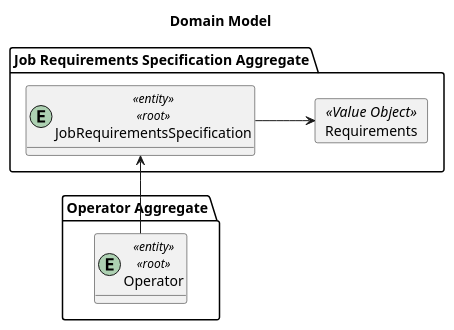
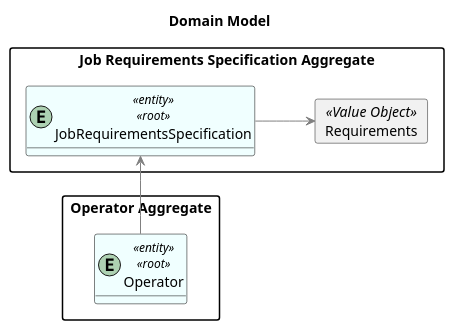
One commit to MiguelCardoso77/LAPR4 changed the diagram in docs/SprintB/generate-job-requirements-text-file/domain-model.puml. Above: the diagram before and after it, drawn with PlantUML. The commit also changed 2 other files, not shown here.

```diff
--- a/docs/SprintB/generate-job-requirements-text-file/domain-model.puml
+++ b/docs/SprintB/generate-job-requirements-text-file/domain-model.puml
@@ -1,27 +1,37 @@
 @startuml
 hide methods
 left to right direction
 'skinparam linetype ortho
 
 Title "Domain Model"
+
+skinparam class {
+    LifeLineBorderColor DarkBlue
+    LifeLineBackgroundColor APPLICATION
+    BackgroundColor #F0FFFF
+    ArrowColor grey
+    BorderColor black
+}
+
+skinparam packageStyle rectangle
 
 
 package "Job Requirements Specification Aggregate"{
 entity JobRequirementsSpecification <<entity>><<root>>
 
     card Requirements <<Value Object>>{
     }
 
     JobRequirementsSpecification --> Requirements
 
 }
 
 package "Operator Aggregate"{
     entity Operator <<entity>><<root>>
 
 }
 
 Operator-> JobRequirementsSpecification
 
 
 @enduml
```
